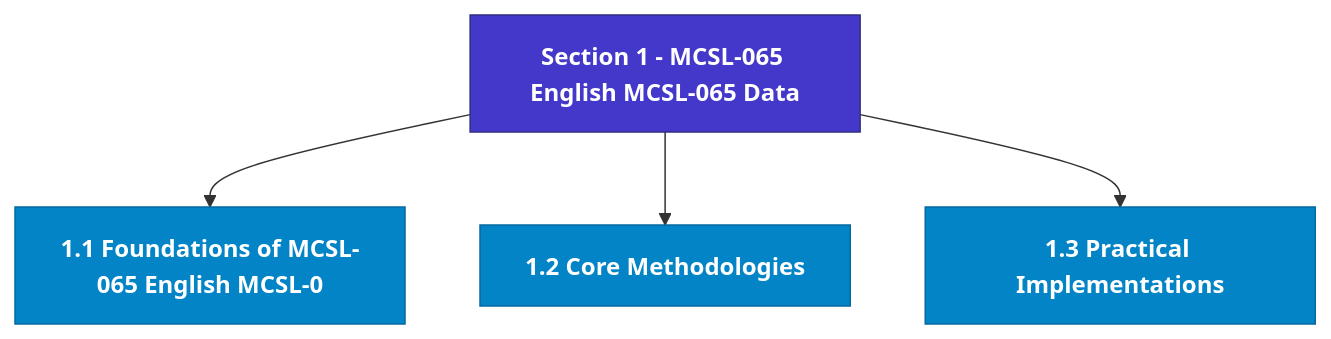
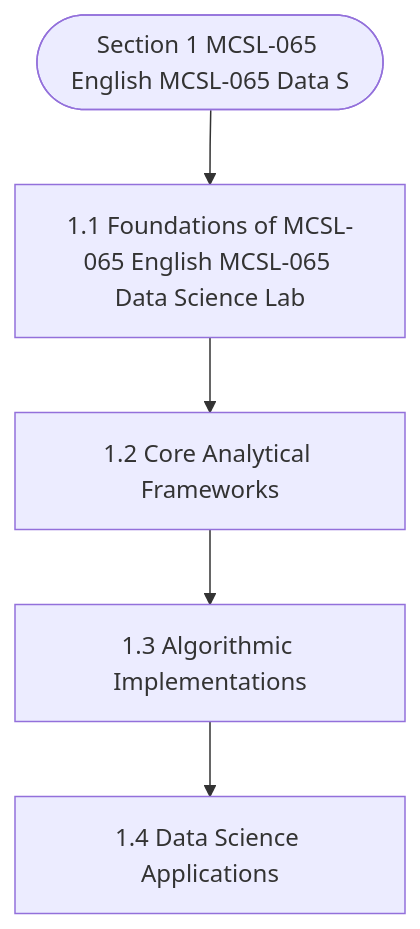
The diagram in notes/Semester_1/MCSL-065_Data_Science_Lab/unit_01_MCSL-065_English_MCSL-065_Data_Science_Lab.md (Asutosh-Coaching/mscdsa), drawn with Mermaid before and after one commit. The commit also changed other lines of this file and 115 other files, not shown here.

Commit message:
Fix Mermaid layout for mobile, isolate LaTeX delimiters, and add GitHub Pages reader

````diff
--- a/notes/Semester_1/MCSL-065_Data_Science_Lab/unit_01_MCSL-065_English_MCSL-065_Data_Science_Lab.md
+++ b/notes/Semester_1/MCSL-065_Data_Science_Lab/unit_01_MCSL-065_English_MCSL-065_Data_Science_Lab.md
@@ -19,15 +19,12 @@
 ```mermaid
 flowchart TD
-  %% Styling Definitions
-  classDef head fill:#4338ca,stroke:#312e81,color:#ffffff,font-weight:bold;
-  classDef topic fill:#0284c7,stroke:#0369a1,color:#ffffff,font-weight:600;
-  classDef sub fill:#1e293b,stroke:#475569,color:#f8fafc;
-
-  Root["Section 1 - MCSL-065 English MCSL-065 Data"]:::head
-  M1["1.1 Foundations of MCSL-065 English MCSL-0"]:::topic
-  Root --> M1
-  M2["1.2 Core Methodologies"]:::topic
-  Root --> M2
-  M3["1.3 Practical Implementations"]:::topic
-  Root --> M3
+  Start(["Section 1 MCSL-065 English MCSL-065 Data S"])
+  N1["1.1 Foundations of MCSL-065 English MCSL-065 Data Science Lab"]
+  N2["1.2 Core Analytical Frameworks"]
+  N3["1.3 Algorithmic Implementations"]
+  N4["1.4 Data Science Applications"]
+  Start --> N1
+  N1 --> N2
+  N2 --> N3
+  N3 --> N4
 ```
````
